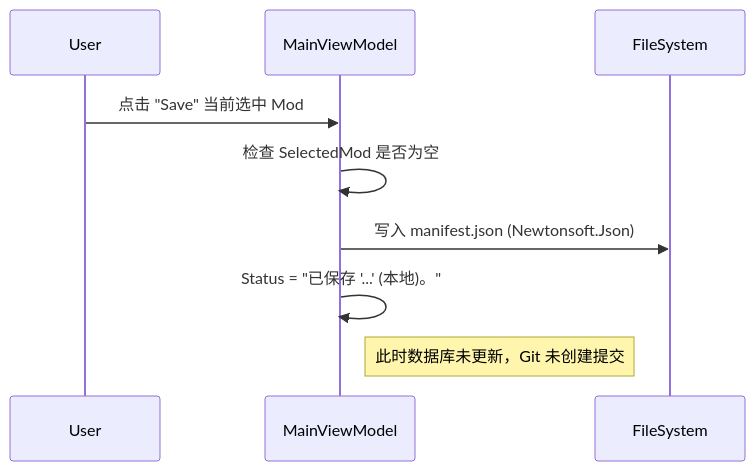
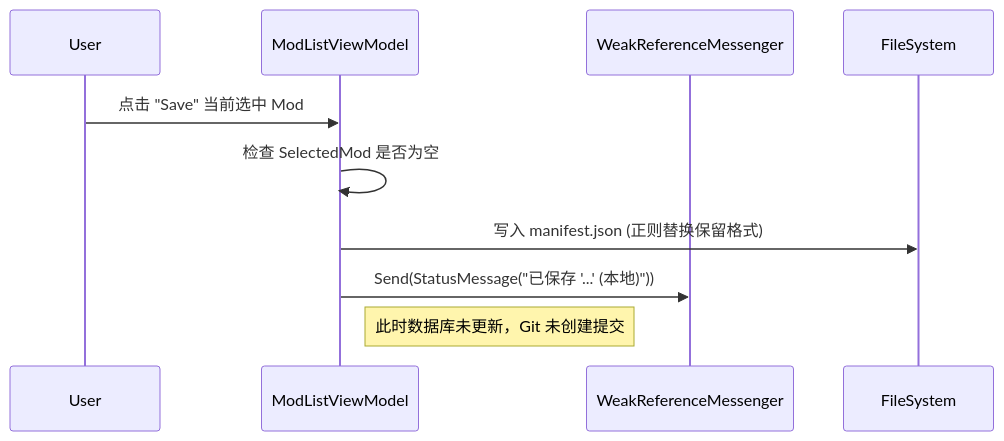
The seventh of 11 diagrams in docs/ARCHITECTURE.md (Sisyphean-a/SMTMS), drawn with Mermaid before and after one commit. The commit also changed other lines of this file and 12 other files, not shown here.

````diff
--- a/docs/ARCHITECTURE.md
+++ b/docs/ARCHITECTURE.md
@@ -262,13 +285,14 @@
 ```mermaid
 sequenceDiagram
     participant U as User
-    participant VM as MainViewModel
+    participant ModListVM as ModListViewModel
+    participant Msg as WeakReferenceMessenger
     participant FS as FileSystem
 
-    U->>VM: 点击 "Save" 当前选中 Mod
-    VM->>VM: 检查 SelectedMod 是否为空
+    U->>ModListVM: 点击 "Save" 当前选中 Mod
+    ModListVM->>ModListVM: 检查 SelectedMod 是否为空
 
-    VM->>FS: 写入 manifest.json (Newtonsoft.Json)
-    VM->>VM: Status = "已保存 '...' (本地)。"
-    note right of VM: 此时数据库未更新，Git 未创建提交
+    ModListVM->>FS: 写入 manifest.json (正则替换保留格式)
+    ModListVM->>Msg: Send(StatusMessage("已保存 '...' (本地)"))
+    note right of ModListVM: 此时数据库未更新，Git 未创建提交
 ```
````
